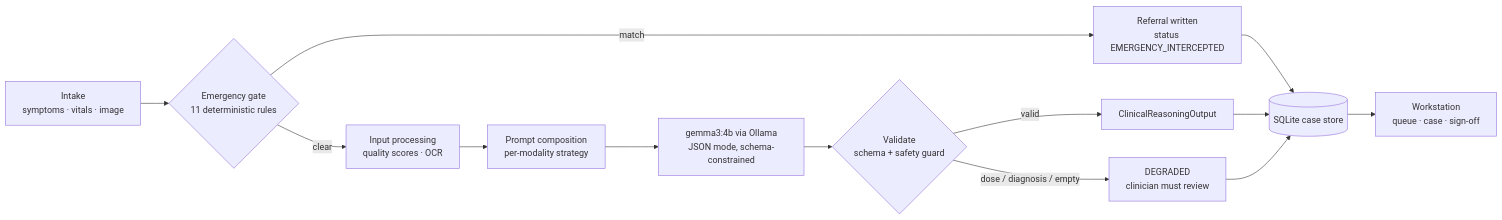
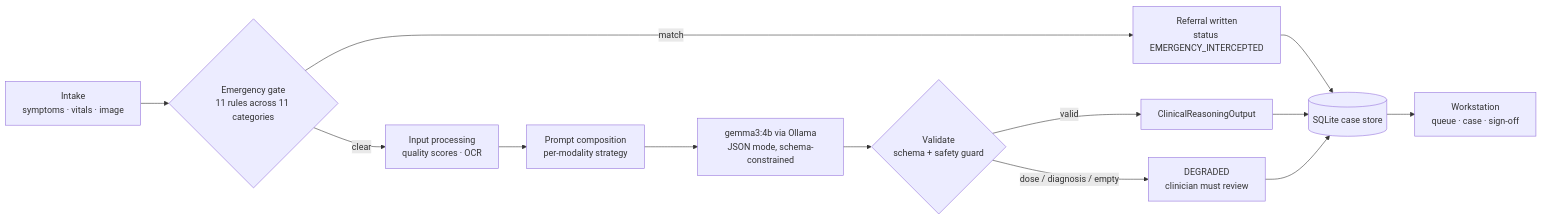
The diagram in README.md (reshmanth-sai/MediGem), drawn with Mermaid before and after one commit. The commit also changed other lines of this file and 7 other files, not shown here.

````diff
--- a/README.md
+++ b/README.md
@@ -30,15 +30,15 @@
 ```mermaid
 flowchart LR
-    A[Intake<br/>symptoms · vitals · image] --> B{Emergency gate<br/>11 deterministic rules}
+    A[Intake<br/>symptoms · vitals · image] --> B{Emergency gate<br/>11 rules across 11 categories}
     B -- match --> R[Referral written<br/>status EMERGENCY_INTERCEPTED]
     B -- clear --> C[Input processing<br/>quality scores · OCR]
     C --> D[Prompt composition<br/>per-modality strategy]
     D --> E[gemma3:4b via Ollama<br/>JSON mode, schema-constrained]
     E --> F{Validate<br/>schema + safety guard}
     F -- valid --> G[ClinicalReasoningOutput]
     F -- dose / diagnosis / empty --> H[DEGRADED<br/>clinician must review]
     G --> S[(SQLite case store)]
     R --> S
     H --> S
     S --> W[Workstation<br/>queue · case · sign-off]
 ```
````
